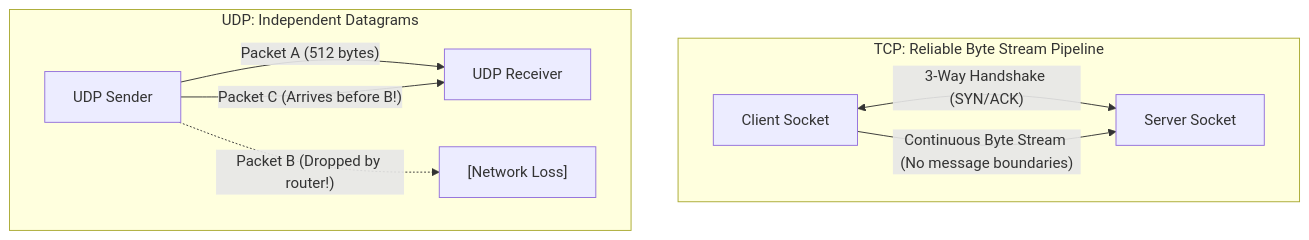
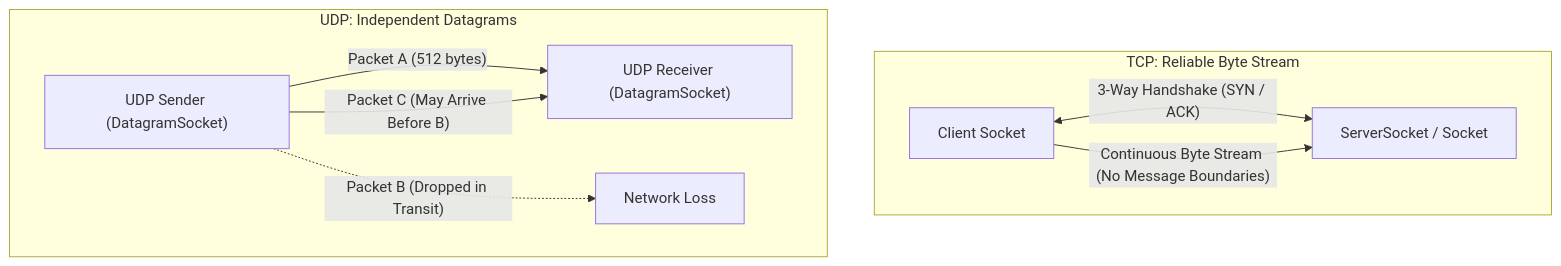
Before and after one commit to ravishankar2463/java_hub: the first of 3 diagrams in content/roadmap/level-2/network-socket-programming.md, drawn with Mermaid. The commit also changed other lines of this file and 119 other files, not shown here.

Commit message:
feat: add comprehensive java learning roadmap content across multiple levels

````diff
--- a/content/roadmap/level-2/network-socket-programming.md
+++ b/content/roadmap/level-2/network-socket-programming.md
@@ -28,13 +26,13 @@
 ```mermaid
 flowchart TD
-    subgraph TCPFlow ["TCP: Reliable Byte Stream Pipeline"]
-        ClientTCP["Client Socket"] <-->|"3-Way Handshake (SYN/ACK)"| ServerTCP["Server Socket"]
-        ClientTCP -->|"Continuous Byte Stream (No message boundaries)"| ServerTCP
+    subgraph TCPFlow ["TCP: Reliable Byte Stream"]
+        ClientTCP["Client Socket"] <-->|"3-Way Handshake (SYN / ACK)"| ServerTCP["ServerSocket / Socket"]
+        ClientTCP -->|"Continuous Byte Stream (No Message Boundaries)"| ServerTCP
     end
 
     subgraph UDPFlow ["UDP: Independent Datagrams"]
-        ClientUDP["UDP Sender"] -->|"Packet A (512 bytes)"| ServerUDP["UDP Receiver"]
-        ClientUDP -.->|"Packet B (Dropped by router!)"| Lost["[Network Loss]"]
-        ClientUDP -->|"Packet C (Arrives before B!)"| ServerUDP
+        ClientUDP["UDP Sender (DatagramSocket)"] -->|"Packet A (512 bytes)"| ServerUDP["UDP Receiver (DatagramSocket)"]
+        ClientUDP -.->|"Packet B (Dropped in Transit)"| Lost["Network Loss"]
+        ClientUDP -->|"Packet C (May Arrive Before B)"| ServerUDP
     end
 ```
````
